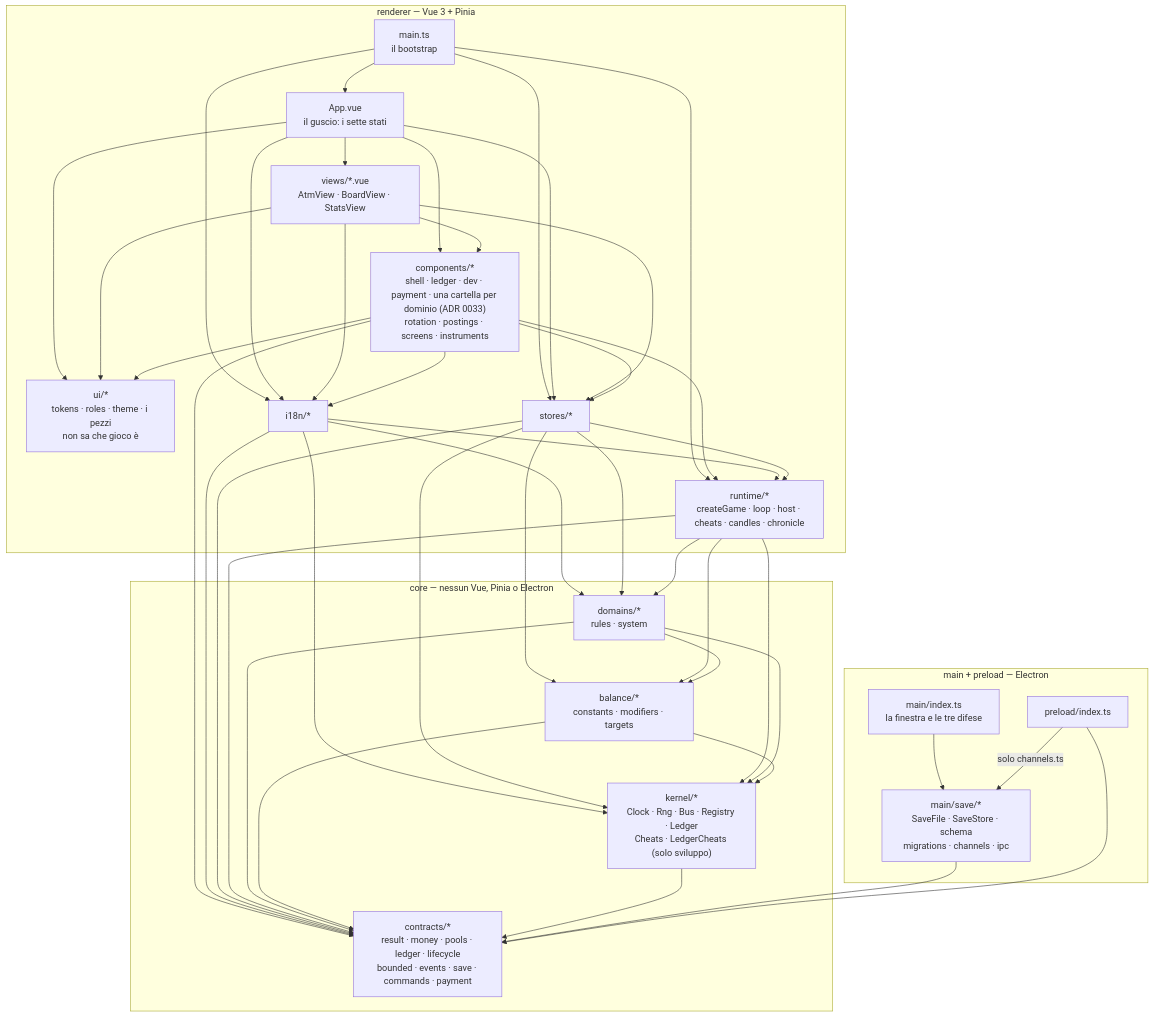
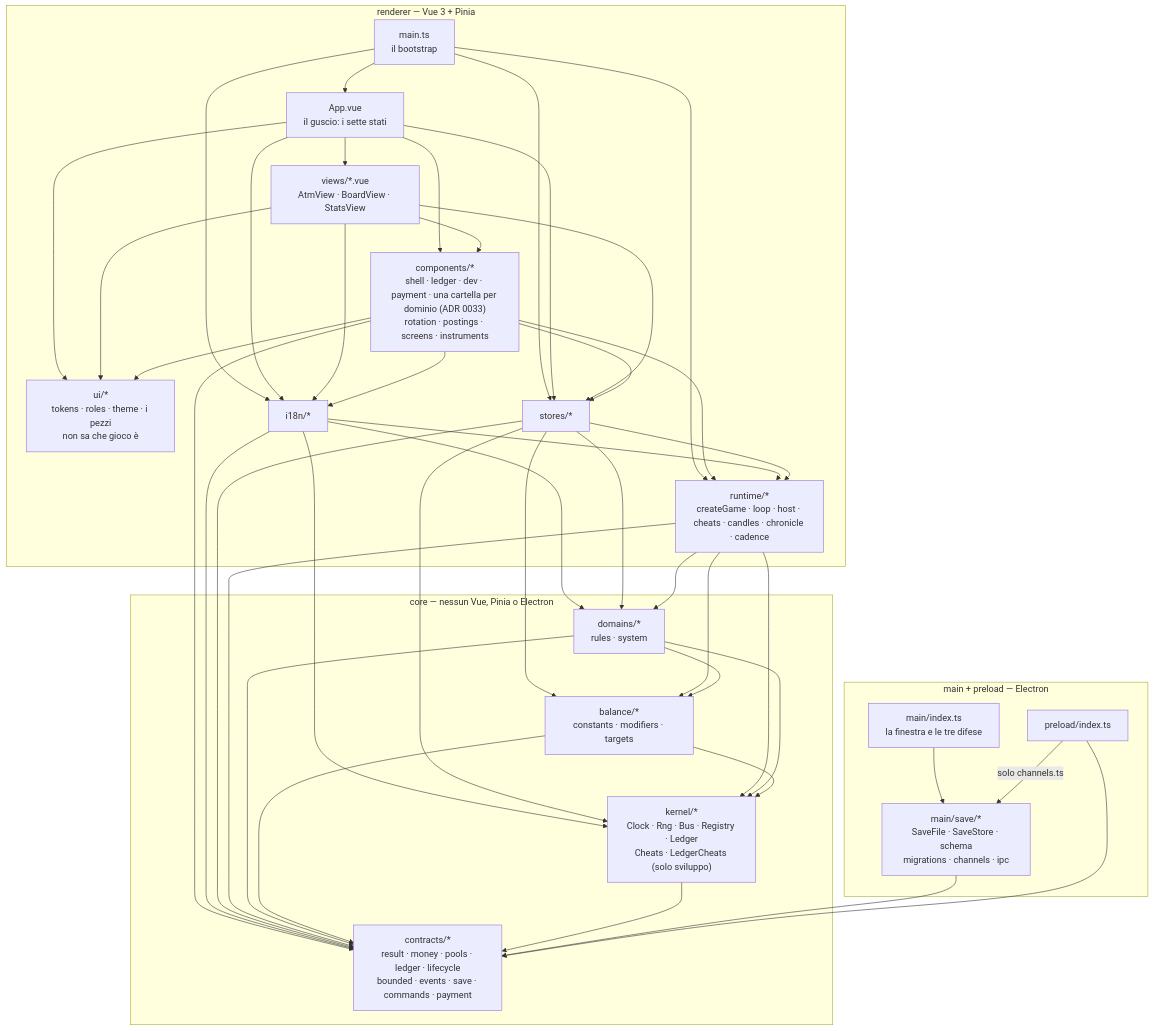
Before and after one commit to devfrx/solvent: the diagram in docs/architettura.md, drawn with Mermaid. The commit also changed other lines of this file and 3 other files, not shown here.

````diff
--- a/docs/architettura.md
+++ b/docs/architettura.md
@@ -14,68 +14,68 @@
 ```mermaid
 flowchart TD
   subgraph PLAT["main + preload — Electron"]
     MAIN["main/index.ts<br/>la finestra e le tre difese"]
     SAVE["main/save/*<br/>SaveFile · SaveStore · schema<br/>migrations · channels · ipc"]
     PRE["preload/index.ts"]
   end
 
   subgraph REND["renderer — Vue 3 + Pinia"]
     BOOT["main.ts<br/>il bootstrap"]
     APP["App.vue<br/>il guscio: i sette stati"]
     VIEWS["views/*.vue<br/>AtmView · BoardView · StatsView"]
     CMP["components/*<br/>shell · ledger · dev · payment · una cartella per dominio (ADR 0033)<br/>rotation · postings · screens · instruments"]
     UI["ui/*<br/>tokens · roles · theme · i pezzi<br/>non sa che gioco è"]
     I18N["i18n/*"]
     ST["stores/*"]
-    RT["runtime/*<br/>createGame · loop · host · cheats · candles · chronicle"]
+    RT["runtime/*<br/>createGame · loop · host · cheats · candles · chronicle · cadence"]
   end
 
   subgraph CORE["core — nessun Vue, Pinia o Electron"]
     DOM["domains/*<br/>rules · system"]
     BAL["balance/*<br/>constants · modifiers · targets"]
     KER["kernel/*<br/>Clock · Rng · Bus · Registry · Ledger<br/>Cheats · LedgerCheats (solo sviluppo)"]
     CON["contracts/*<br/>result · money · pools · ledger · lifecycle<br/>bounded · events · save · commands · payment"]
   end
 
   BOOT --> APP
   BOOT --> ST
   BOOT --> RT
   BOOT --> I18N
   APP --> VIEWS
   APP --> CMP
   APP --> ST
   APP --> I18N
   VIEWS --> CMP
   VIEWS --> ST
   VIEWS --> I18N
   CMP --> ST
   CMP --> I18N
   CMP --> RT
   APP --> UI
   VIEWS --> UI
   CMP --> UI
   CMP --> CON
   I18N --> CON
   I18N --> DOM
   I18N --> KER
   I18N --> RT
   ST  --> RT
   ST  --> DOM
   ST  --> KER
   ST  --> BAL
   ST  --> CON
   RT  --> DOM
   RT  --> KER
   RT  --> BAL
   RT  --> CON
   DOM --> BAL
   DOM --> KER
   DOM --> CON
   BAL --> KER
   BAL --> CON
   KER --> CON
   MAIN --> SAVE
   SAVE --> CON
   PRE --> CON
   PRE -->|solo channels.ts| SAVE
 ```
````
